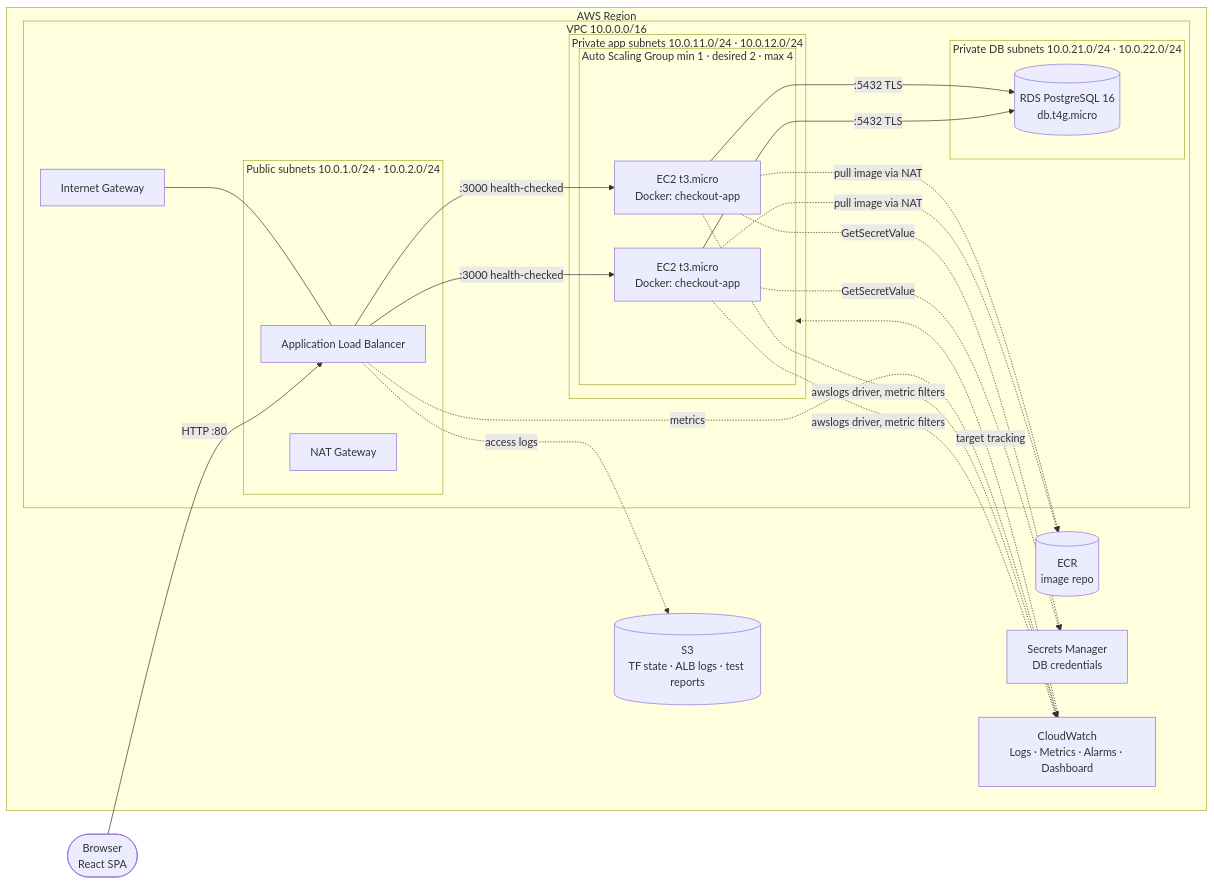
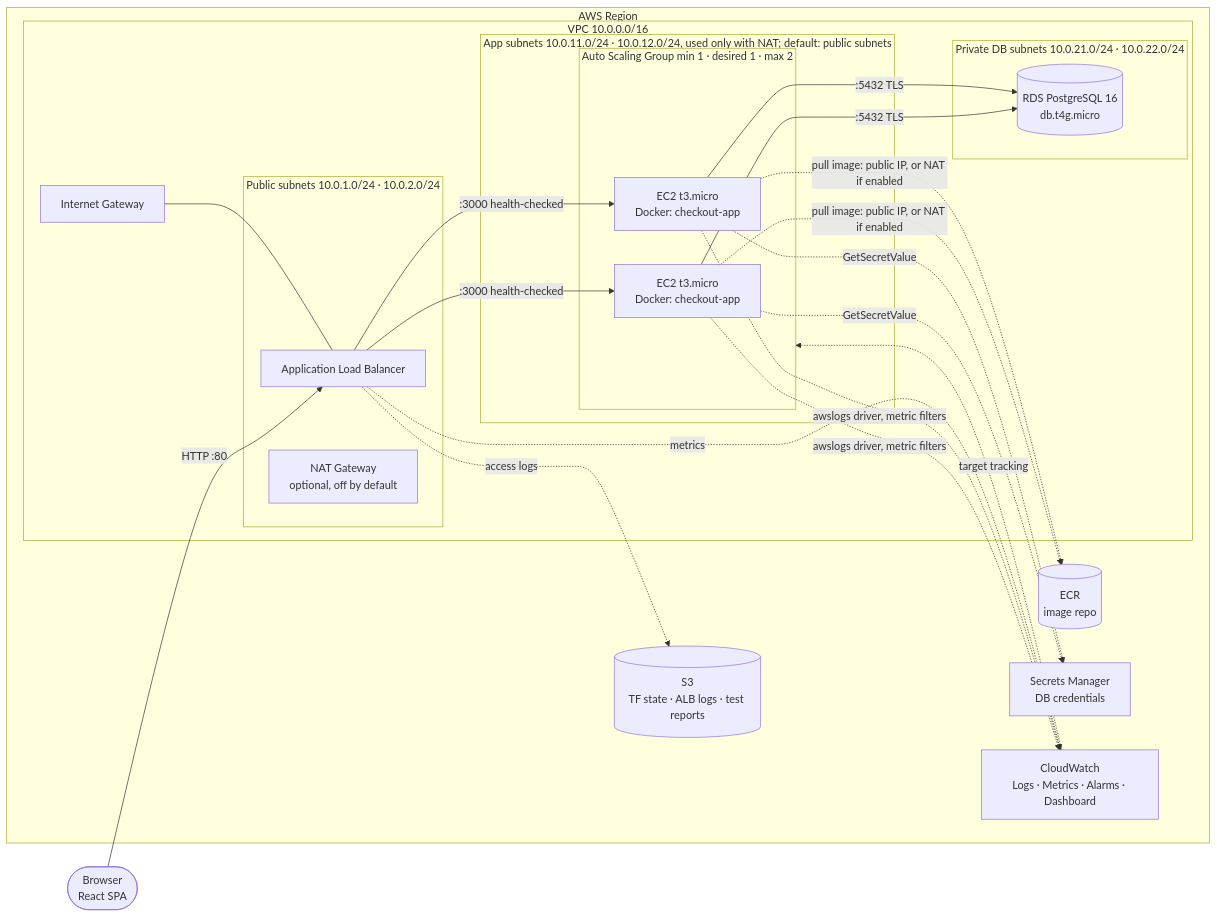
Before and after one commit to Ayush32-creator/CC_AWS_AUTO_SCALING: the diagram in docs/01-architecture.md, drawn with Mermaid. The commit also changed other lines of this file and 6 other files, not shown here.

````diff
--- a/docs/01-architecture.md
+++ b/docs/01-architecture.md
@@ -7,37 +7,37 @@
 ```mermaid
 flowchart LR
     user([Browser<br/>React SPA]) -->|HTTP :80| alb
 
     subgraph aws[AWS Region]
       subgraph vpc[VPC 10.0.0.0/16]
         igw[Internet Gateway]
         subgraph pub[Public subnets  10.0.1.0/24 · 10.0.2.0/24]
           alb[Application Load Balancer]
-          nat[NAT Gateway]
+          nat[NAT Gateway<br/>optional, off by default]
         end
-        subgraph app[Private app subnets  10.0.11.0/24 · 10.0.12.0/24]
-          subgraph asg[Auto Scaling Group  min 1 · desired 2 · max 4]
+        subgraph app[App subnets  10.0.11.0/24 · 10.0.12.0/24, used only with NAT; default: public subnets]
+          subgraph asg[Auto Scaling Group  min 1 · desired 1 · max 2]
             ec2a[EC2 t3.micro<br/>Docker: checkout-app]
             ec2b[EC2 t3.micro<br/>Docker: checkout-app]
           end
         end
         subgraph db[Private DB subnets  10.0.21.0/24 · 10.0.22.0/24]
           rds[(RDS PostgreSQL 16<br/>db.t4g.micro)]
         end
       end
       ecr[(ECR<br/>image repo)]
       sm[Secrets Manager<br/>DB credentials]
       cw[CloudWatch<br/>Logs · Metrics · Alarms · Dashboard]
       s3[(S3<br/>TF state · ALB logs · test reports)]
     end
 
     igw --- alb
     alb -->|:3000 health-checked| ec2a & ec2b
     ec2a & ec2b -->|:5432 TLS| rds
-    ec2a & ec2b -.->|pull image via NAT| ecr
+    ec2a & ec2b -.->|pull image: public IP, or NAT if enabled| ecr
     ec2a & ec2b -.->|GetSecretValue| sm
     ec2a & ec2b -.->|awslogs driver, metric filters| cw
     alb -.->|metrics| cw
     alb -.->|access logs| s3
     cw -.->|target tracking| asg
 ```
````
